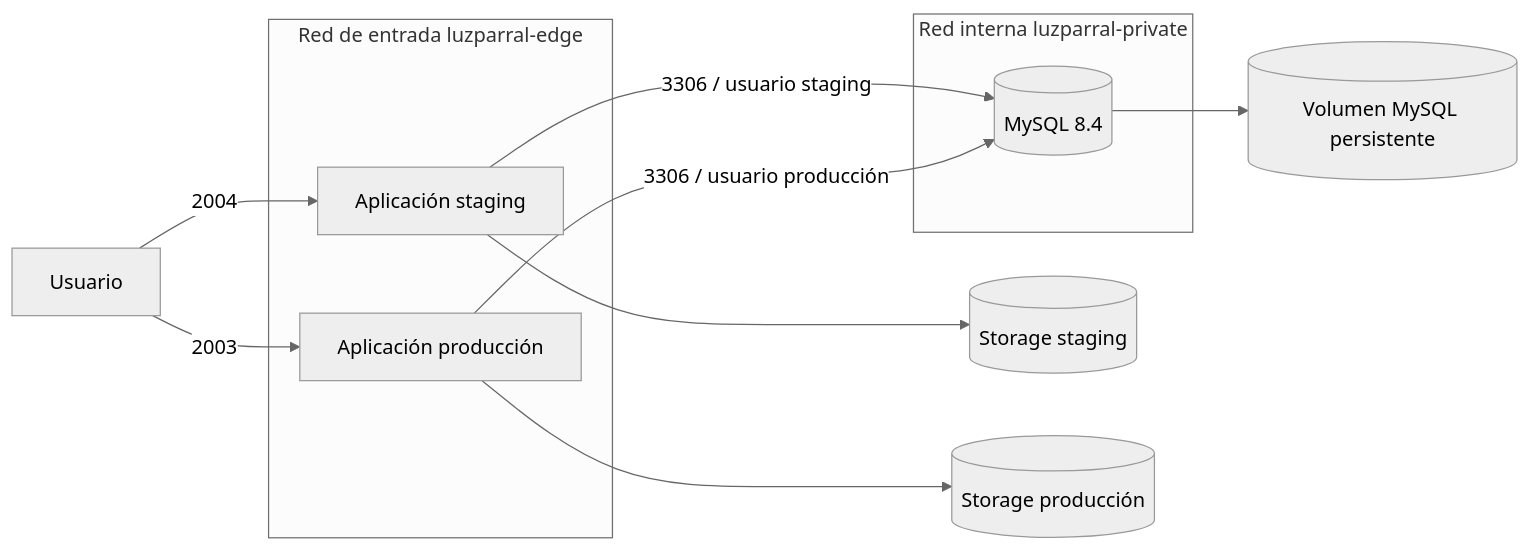
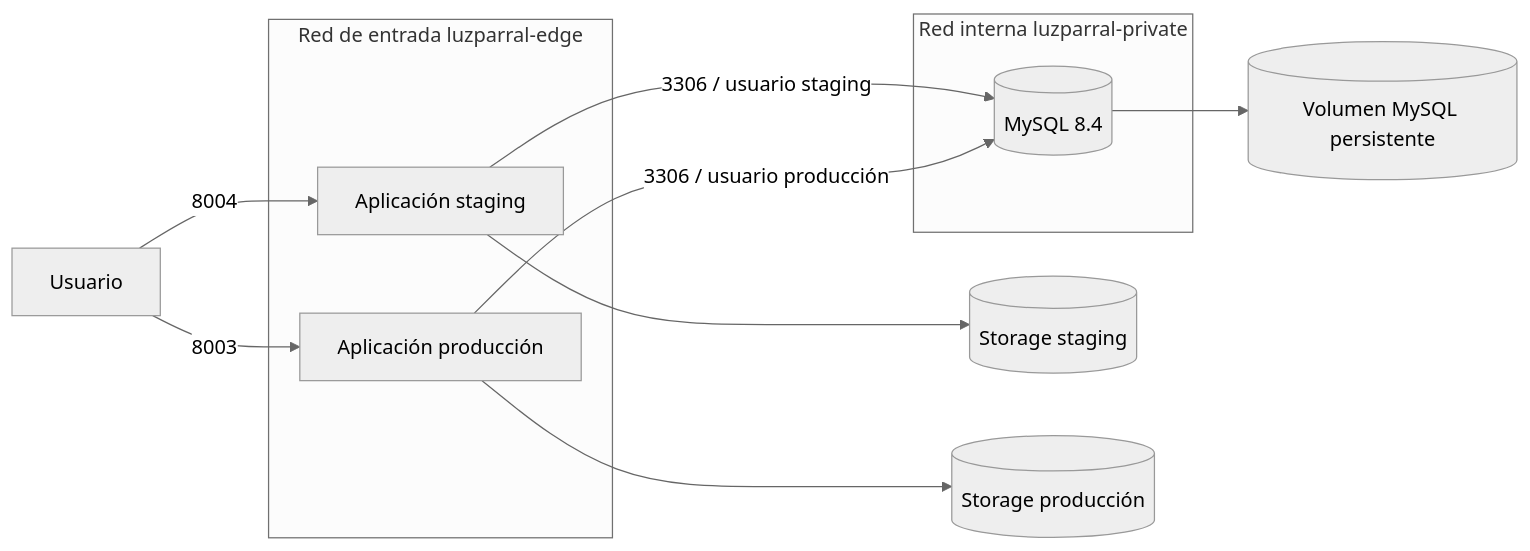
One commit to KatoIgnacio/proyecto_titulo changed the diagram in luzparral-app/docs/DECISIONES_ARQUITECTURA_DESPLIEGUE.md. Above: the diagram before and after it, drawn with Mermaid (neutral theme). The commit also changed other lines of this file and 15 other files, not shown here.

````diff
--- a/luzparral-app/docs/DECISIONES_ARQUITECTURA_DESPLIEGUE.md
+++ b/luzparral-app/docs/DECISIONES_ARQUITECTURA_DESPLIEGUE.md
@@ -86,17 +86,17 @@
 ```mermaid
 flowchart LR
     U[Usuario]
     subgraph E[Red de entrada luzparral-edge]
         S[Aplicación staging]
         P[Aplicación producción]
     end
-    U -->|2004| S
-    U -->|2003| P
+    U -->|8004| S
+    U -->|8003| P
     subgraph R[Red interna luzparral-private]
         S -->|3306 / usuario staging| DB[(MySQL 8.4)]
         P -->|3306 / usuario producción| DB
     end
     DB --> V[(Volumen MySQL persistente)]
     S --> VS[(Storage staging)]
     P --> VP[(Storage producción)]
 ```
````
